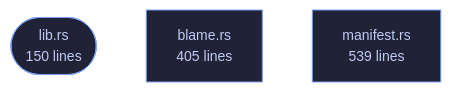
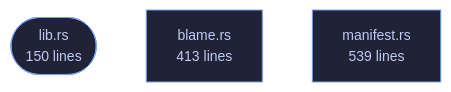
One commit to tilas01/veilvoice changed the diagram in crates/veilvoice-guard/README.md. Above: the diagram before and after it, drawn with Mermaid. The commit also changed other lines of this file and 56 other files, not shown here.

````diff
--- a/crates/veilvoice-guard/README.md
+++ b/crates/veilvoice-guard/README.md
@@ -103,10 +103,10 @@
 ```mermaid
 %%{init: {"theme":"base","themeVariables":{"background":"#1a1b26","primaryColor":"#1f2335","primaryTextColor":"#c0caf5","primaryBorderColor":"#7aa2f7","secondaryColor":"#16161e","tertiaryColor":"#16161e","lineColor":"#737aa2","textColor":"#c0caf5","mainBkg":"#1f2335","nodeBorder":"#7aa2f7","clusterBkg":"#16161e","clusterBorder":"#2f3549","fontFamily":"ui-monospace, SFMono-Regular, Consolas, monospace","fontSize":"14px"}}}%%
 flowchart TD
     n_lib(["lib.rs<br/>150 lines"])
-    n_blame["blame.rs<br/>405 lines"]
+    n_blame["blame.rs<br/>413 lines"]
     n_manifest["manifest.rs<br/>539 lines"]
     click n_lib href "https://github.com/tilas01/veilvoice/blob/main/crates/veilvoice-guard/src/lib.rs" "open the source"
     click n_blame href "https://github.com/tilas01/veilvoice/blob/main/crates/veilvoice-guard/src/blame.rs" "open the source"
     click n_manifest href "https://github.com/tilas01/veilvoice/blob/main/crates/veilvoice-guard/src/manifest.rs" "open the source"
 ```
````
